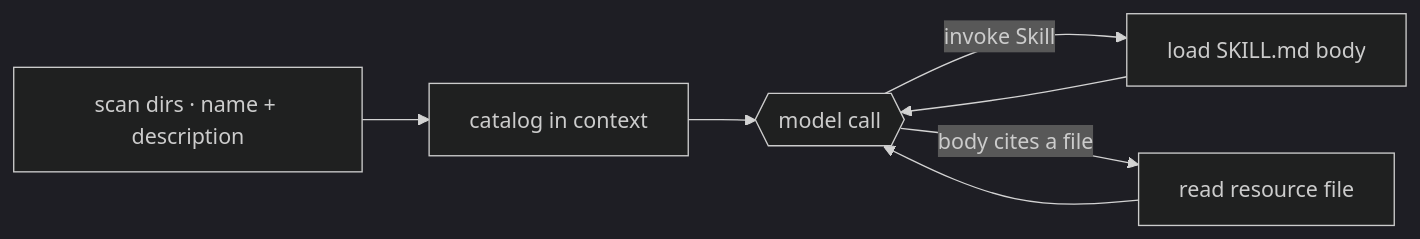
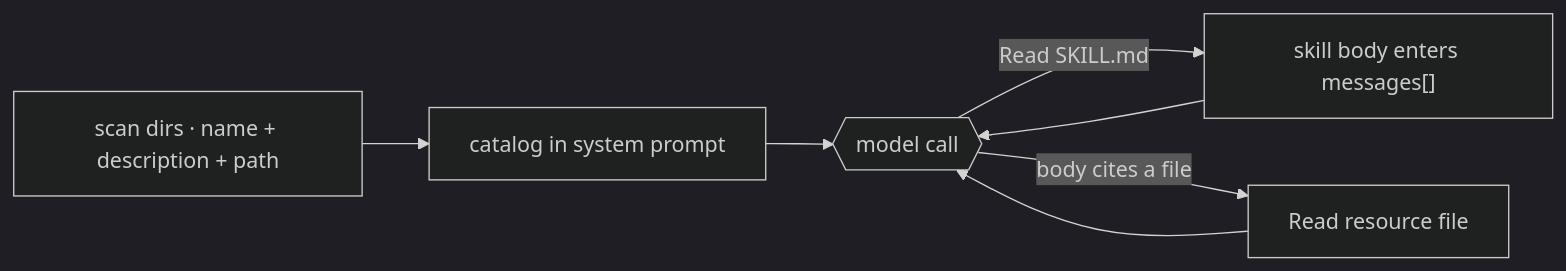
Before and after one commit to hardness1020/awesome-agent-architecture: the diagram in sections/07-skills/README.md, drawn with Mermaid (dark theme). The commit also changed other lines of this file and 17 other files, not shown here.

First line of the commit message:
fix(skills): load skills via Read tool, not a Skill tool

````diff
--- a/sections/07-skills/README.md
+++ b/sections/07-skills/README.md
@@ -30,9 +38,9 @@
 ```mermaid
 flowchart LR
-    D["scan dirs · name + description"] --> C["catalog in context"]
+    D["scan dirs · name + description + path"] --> C["catalog in system prompt"]
     C --> M{{model call}}
-    M -->|invoke Skill| L["load SKILL.md body"]
+    M -->|Read SKILL.md| L["skill body enters messages[]"]
     L --> M
-    M -->|body cites a file| R["read resource file"]
+    M -->|body cites a file| R["Read resource file"]
     R --> M
 ```
````
